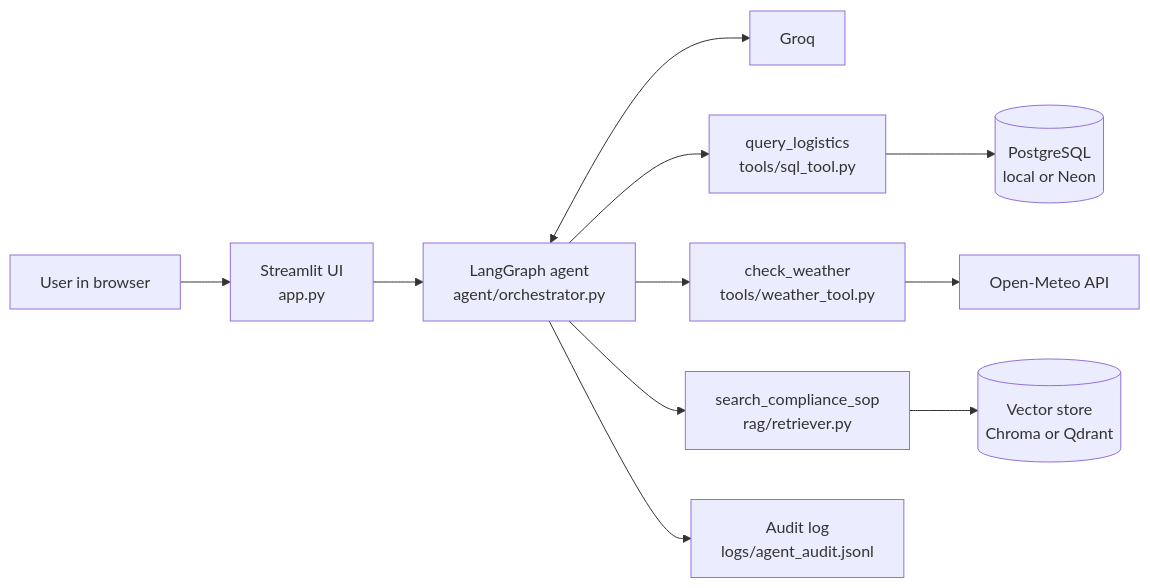
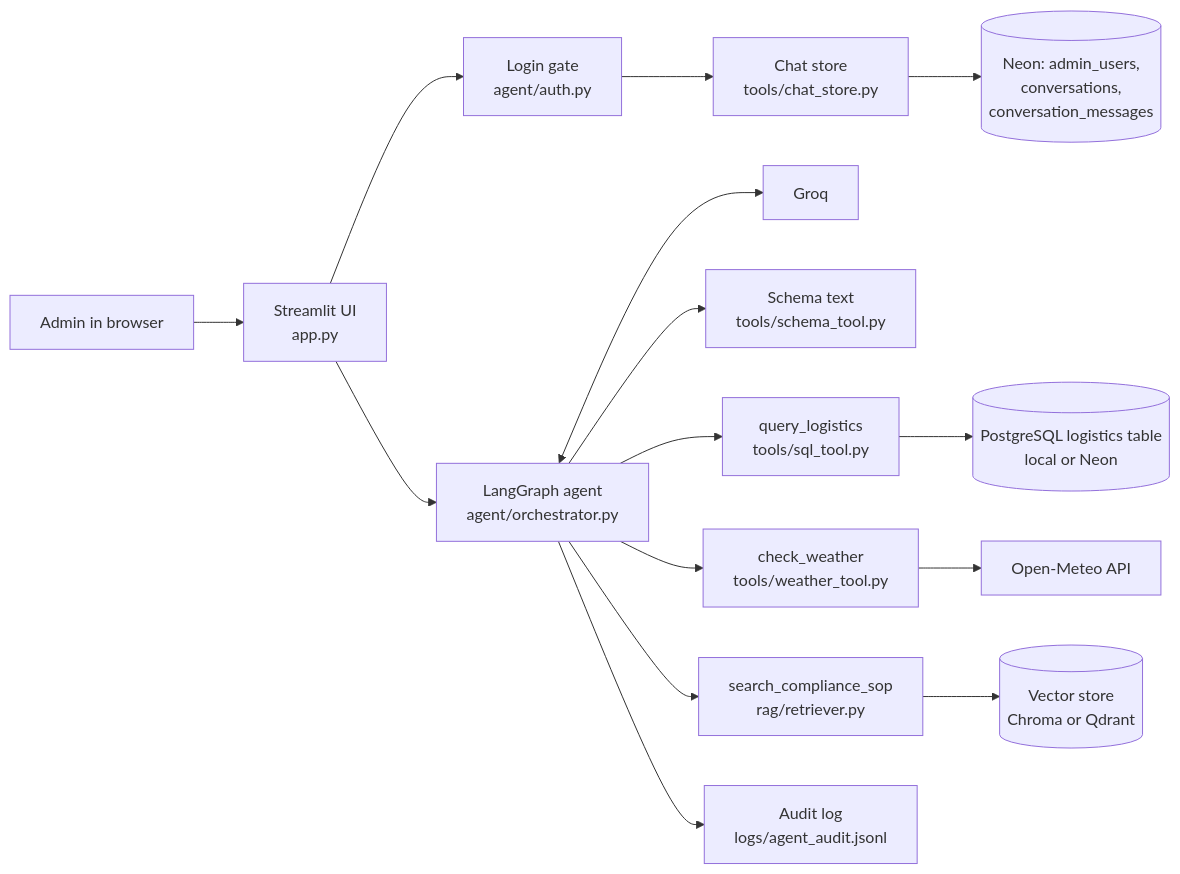
One commit to Nagendrakumarkv/FDE_COLD_CHAIN_AI changed the first of 10 diagrams in context/workflow.md. Above: the diagram before and after it, drawn with Mermaid. The commit also changed other lines of this file, not shown here.

````diff
--- a/context/workflow.md
+++ b/context/workflow.md
@@ -9,13 +9,17 @@
 ```mermaid
 flowchart LR
-    U[User in browser] --> UI[Streamlit UI<br/>app.py]
+    U[Admin in browser] --> UI[Streamlit UI<br/>app.py]
+    UI --> AU[Login gate<br/>agent/auth.py]
+    AU --> CS[Chat store<br/>tools/chat_store.py]
+    CS --> AD[(Neon: admin_users,<br/>conversations,<br/>conversation_messages)]
     UI --> AG[LangGraph agent<br/>agent/orchestrator.py]
     AG <--> LLM[Groq]
+    AG --> SC[Schema text<br/>tools/schema_tool.py]
     AG --> T1[query_logistics<br/>tools/sql_tool.py]
     AG --> T2[check_weather<br/>tools/weather_tool.py]
     AG --> T3[search_compliance_sop<br/>rag/retriever.py]
-    T1 --> DB[(PostgreSQL<br/>local or Neon)]
+    T1 --> DB[(PostgreSQL logistics table<br/>local or Neon)]
     T2 --> WX[Open-Meteo API]
     T3 --> VS[(Vector store<br/>Chroma or Qdrant)]
     AG --> AL[Audit log<br/>logs/agent_audit.jsonl]
 ```
````
